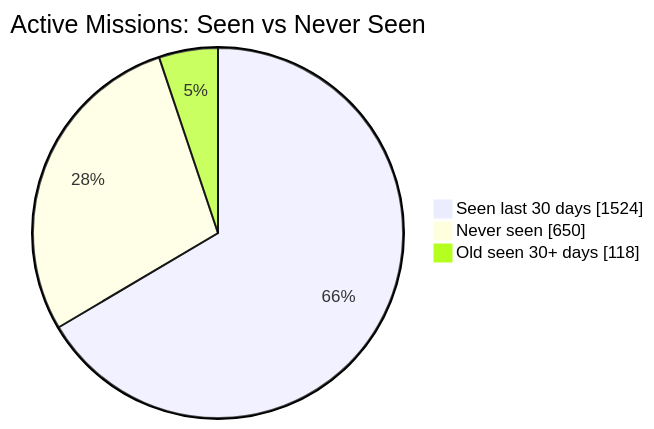
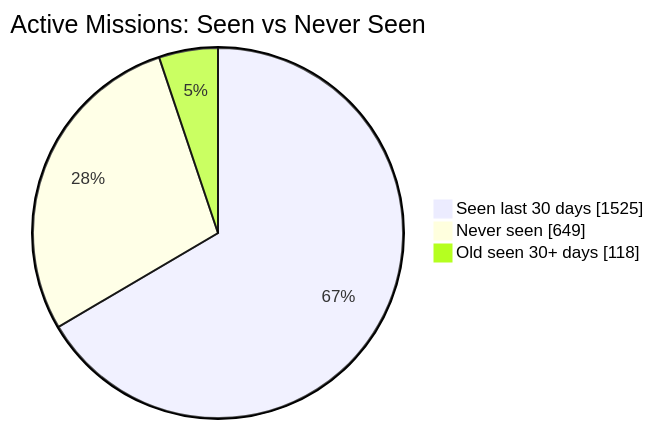
One commit to MeldkamerspelGameTeam/active-missions changed the first of 2 diagrams in README.md. Above: the diagram before and after it, drawn with Mermaid. The commit also changed other lines of this file and 3 other files, not shown here.

````diff
--- a/README.md
+++ b/README.md
@@ -34,7 +34,7 @@
 ```mermaid
 pie showData
     title Active Missions: Seen vs Never Seen
-    "Seen last 30 days" : 1524
-    "Never seen" : 650
+    "Seen last 30 days" : 1525
+    "Never seen" : 649
     "Old seen 30+ days" : 118
 ```
````
